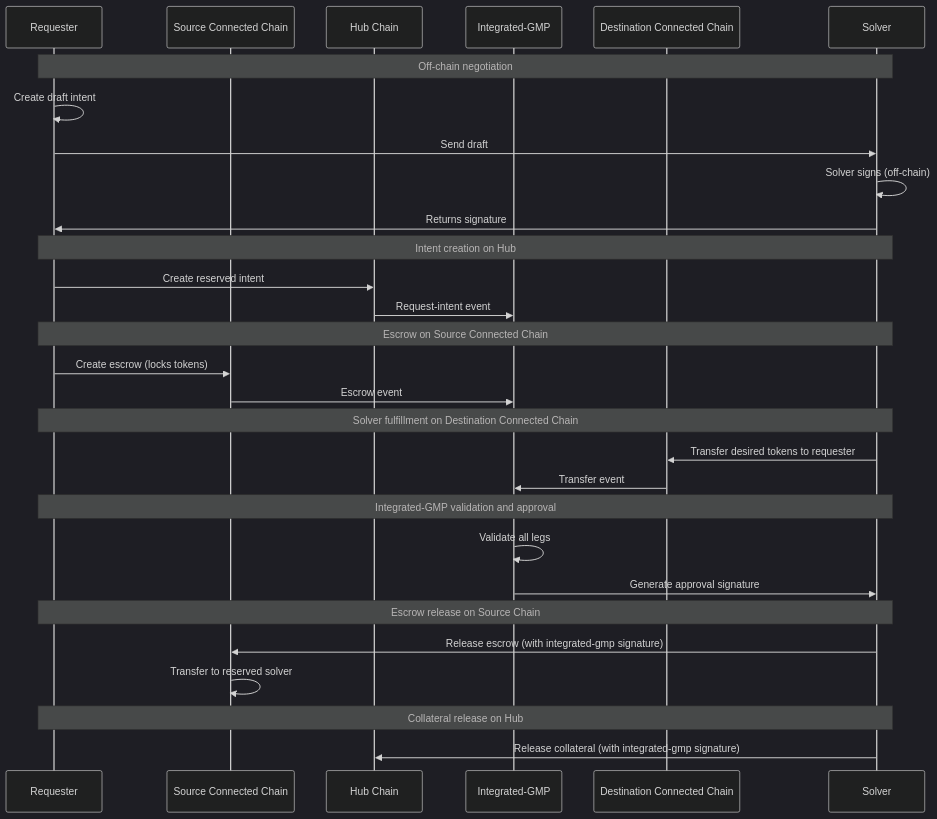
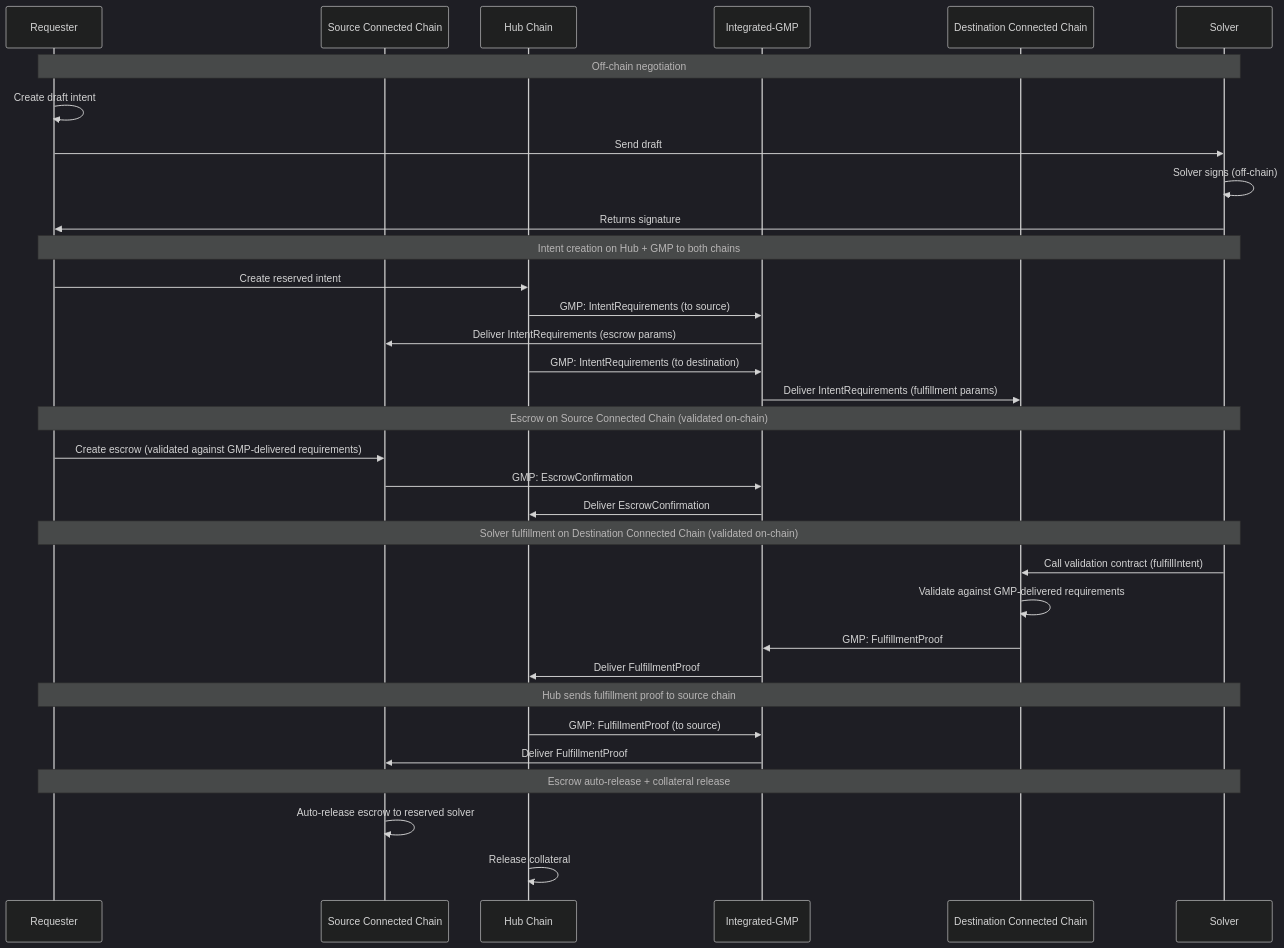
One commit to MoveIndustries/int3nts changed the diagram in docs/architecture/conception/conception_routerflow.md. Above: the diagram before and after it, drawn with Mermaid (dark theme). The commit also changed other lines of this file and 16 other files, not shown here.

First line of the commit message:
docs: update architecture docs to reflect GMP message-based validation pattern

````diff
--- a/docs/architecture/conception/conception_routerflow.md
+++ b/docs/architecture/conception/conception_routerflow.md
@@ -15,38 +15,41 @@
 ```mermaid
 sequenceDiagram
     participant Requester
     participant SourceChain as Source Connected Chain
     participant Hub as Hub Chain
     participant IntegratedGMP as Integrated-GMP
     participant DestChain as Destination Connected Chain
     participant Solver
 
     Note over Requester,Solver: Off-chain negotiation
     Requester->>Requester: Create draft intent
     Requester->>Solver: Send draft
     Solver->>Solver: Solver signs (off-chain)
     Solver->>Requester: Returns signature
 
-    Note over Requester,Solver: Intent creation on Hub
+    Note over Requester,Solver: Intent creation on Hub + GMP to both chains
     Requester->>Hub: Create reserved intent
-    Hub->>IntegratedGMP: Request-intent event
+    Hub->>IntegratedGMP: GMP: IntentRequirements (to source)
+    IntegratedGMP->>SourceChain: Deliver IntentRequirements (escrow params)
+    Hub->>IntegratedGMP: GMP: IntentRequirements (to destination)
+    IntegratedGMP->>DestChain: Deliver IntentRequirements (fulfillment params)
 
-    Note over Requester,Solver: Escrow on Source Connected Chain
-    Requester->>SourceChain: Create escrow (locks tokens)
-    SourceChain->>IntegratedGMP: Escrow event
+    Note over Requester,Solver: Escrow on Source Connected Chain (validated on-chain)
+    Requester->>SourceChain: Create escrow (validated against GMP-delivered requirements)
+    SourceChain->>IntegratedGMP: GMP: EscrowConfirmation
+    IntegratedGMP->>Hub: Deliver EscrowConfirmation
 
-    Note over Requester,Solver: Solver fulfillment on Destination Connected Chain
-    Solver->>DestChain: Transfer desired tokens to requester
-    DestChain->>IntegratedGMP: Transfer event
+    Note over Requester,Solver: Solver fulfillment on Destination Connected Chain (validated on-chain)
+    Solver->>DestChain: Call validation contract (fulfillIntent)
+    DestChain->>DestChain: Validate against GMP-delivered requirements
+    DestChain->>IntegratedGMP: GMP: FulfillmentProof
+    IntegratedGMP->>Hub: Deliver FulfillmentProof
 
-    Note over Requester,Solver: Integrated-GMP validation and approval
-    IntegratedGMP->>IntegratedGMP: Validate all legs
-    IntegratedGMP->>Solver: Generate approval signature
+    Note over Requester,Solver: Hub sends fulfillment proof to source chain
+    Hub->>IntegratedGMP: GMP: FulfillmentProof (to source)
+    IntegratedGMP->>SourceChain: Deliver FulfillmentProof
 
-    Note over Requester,Solver: Escrow release on Source Chain
-    Solver->>SourceChain: Release escrow (with integrated-gmp signature)
-    SourceChain->>SourceChain: Transfer to reserved solver
-
-    Note over Requester,Solver: Collateral release on Hub
-    Solver->>Hub: Release collateral (with integrated-gmp signature)
+    Note over Requester,Solver: Escrow auto-release + collateral release
+    SourceChain->>SourceChain: Auto-release escrow to reserved solver
+    Hub->>Hub: Release collateral
 ```
````
